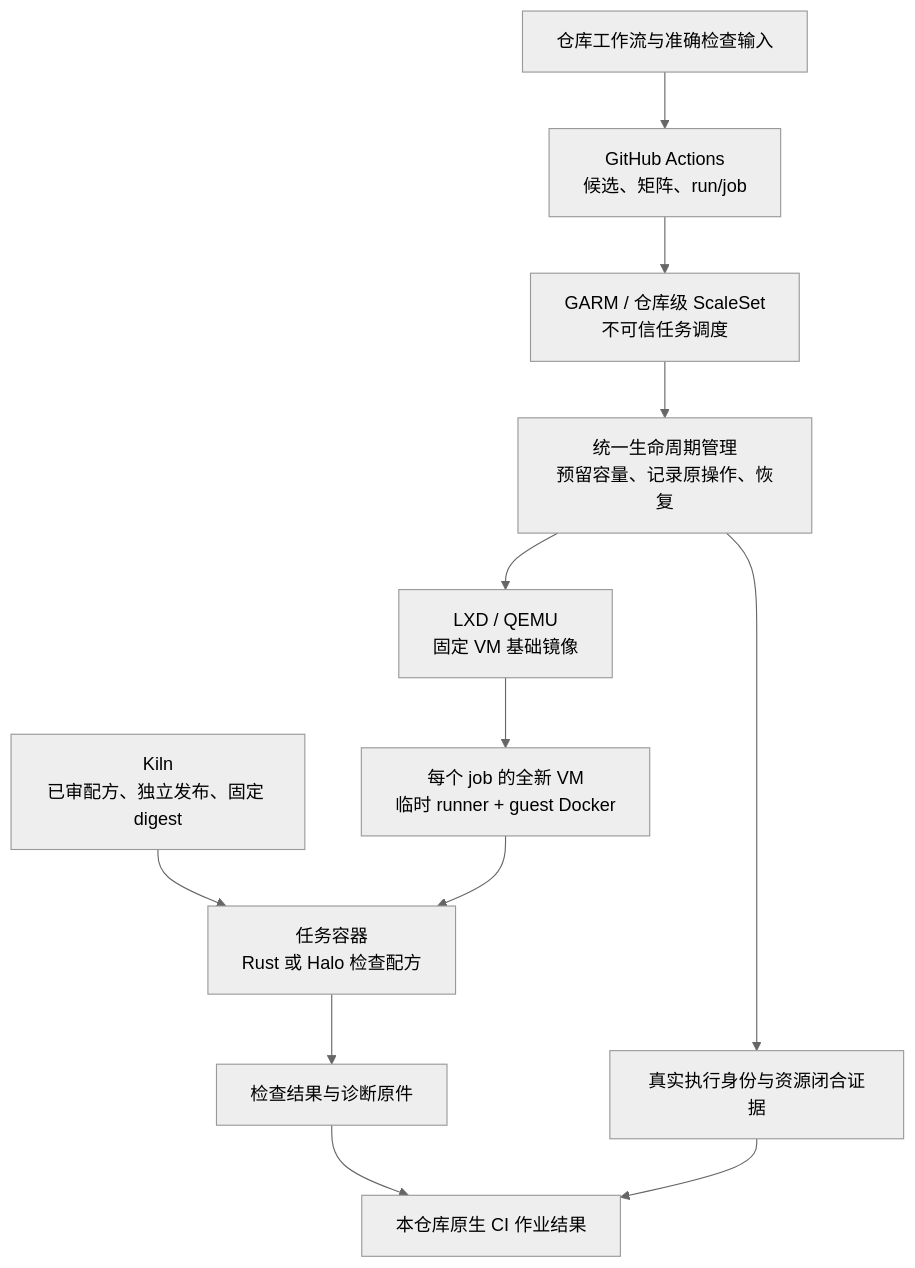
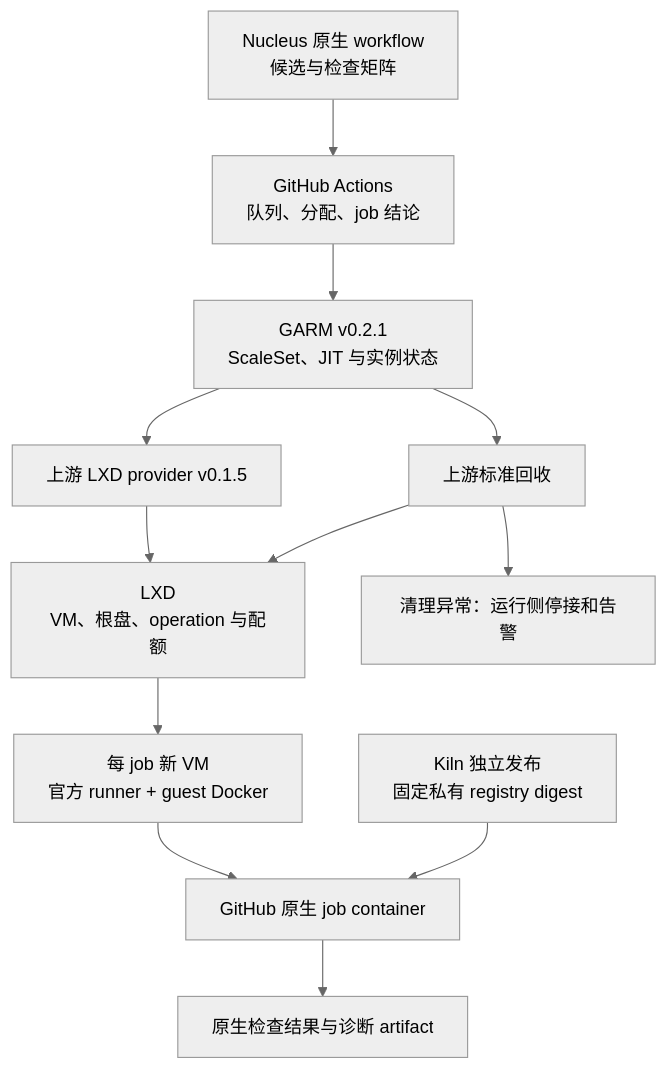
The diagram in ci-architecture.md (headironc/designs), drawn with Mermaid (neutral theme) before and after one commit. The commit also changed other lines of this file and 17 other files, not shown here.

First line of the commit message:
docs(runner): adopt the upstream lifecycle architecture (#40)

````diff
--- a/ci-architecture.md
+++ b/ci-architecture.md
@@ -45,14 +45,14 @@
 ```mermaid
 flowchart TD
-    Policy["仓库工作流与准确检查输入"] --> Actions["GitHub Actions<br/>候选、矩阵、run/job"]
-    Actions --> GARM["GARM / 仓库级 ScaleSet<br/>不可信任务调度"]
-    GARM --> Lifecycle["统一生命周期管理<br/>预留容量、记录原操作、恢复"]
-    Lifecycle --> LXD["LXD / QEMU<br/>固定 VM 基础镜像"]
-    LXD --> VM["每个 job 的全新 VM<br/>临时 runner + guest Docker"]
-    Kiln["Kiln<br/>已审配方、独立发布、固定 digest"] --> Container["任务容器<br/>Rust 或 Halo 检查配方"]
-    VM --> Container
-    Container --> Evidence["检查结果与诊断原件"]
-    Lifecycle --> Closure["真实执行身份与资源闭合证据"]
-    Evidence --> Result["本仓库原生 CI 作业结果"]
-    Closure --> Result
+    Workflow["Nucleus 原生 workflow<br/>候选与检查矩阵"] --> Actions["GitHub Actions<br/>队列、分配、job 结论"]
+    Actions --> GARM["GARM v0.2.1<br/>ScaleSet、JIT 与实例状态"]
+    GARM --> Provider["上游 LXD provider v0.1.5"]
+    Provider --> LXD["LXD<br/>VM、根盘、operation 与配额"]
+    LXD --> VM["每 job 新 VM<br/>官方 runner + guest Docker"]
+    VM --> Container["GitHub 原生 job container"]
+    Kiln["Kiln 独立发布<br/>固定私有 registry digest"] --> Container
+    Container --> Checks["原生检查结果与诊断 artifact"]
+    GARM --> Cleanup["上游标准回收"]
+    Cleanup --> LXD
+    Cleanup --> Operations["清理异常：运行侧停接和告警"]
 ```
````
